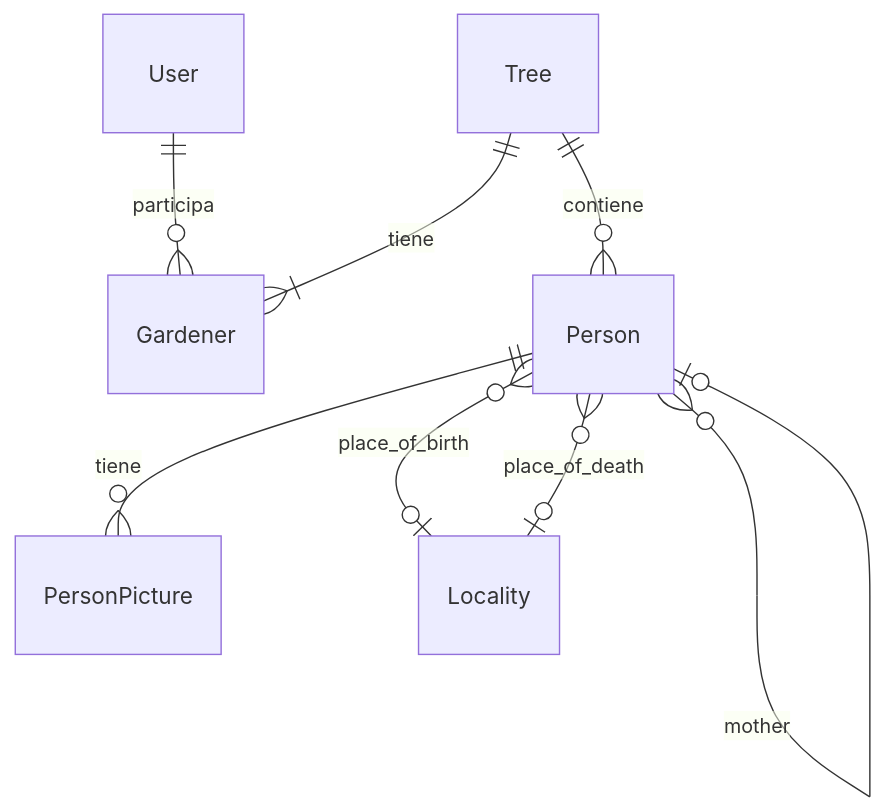
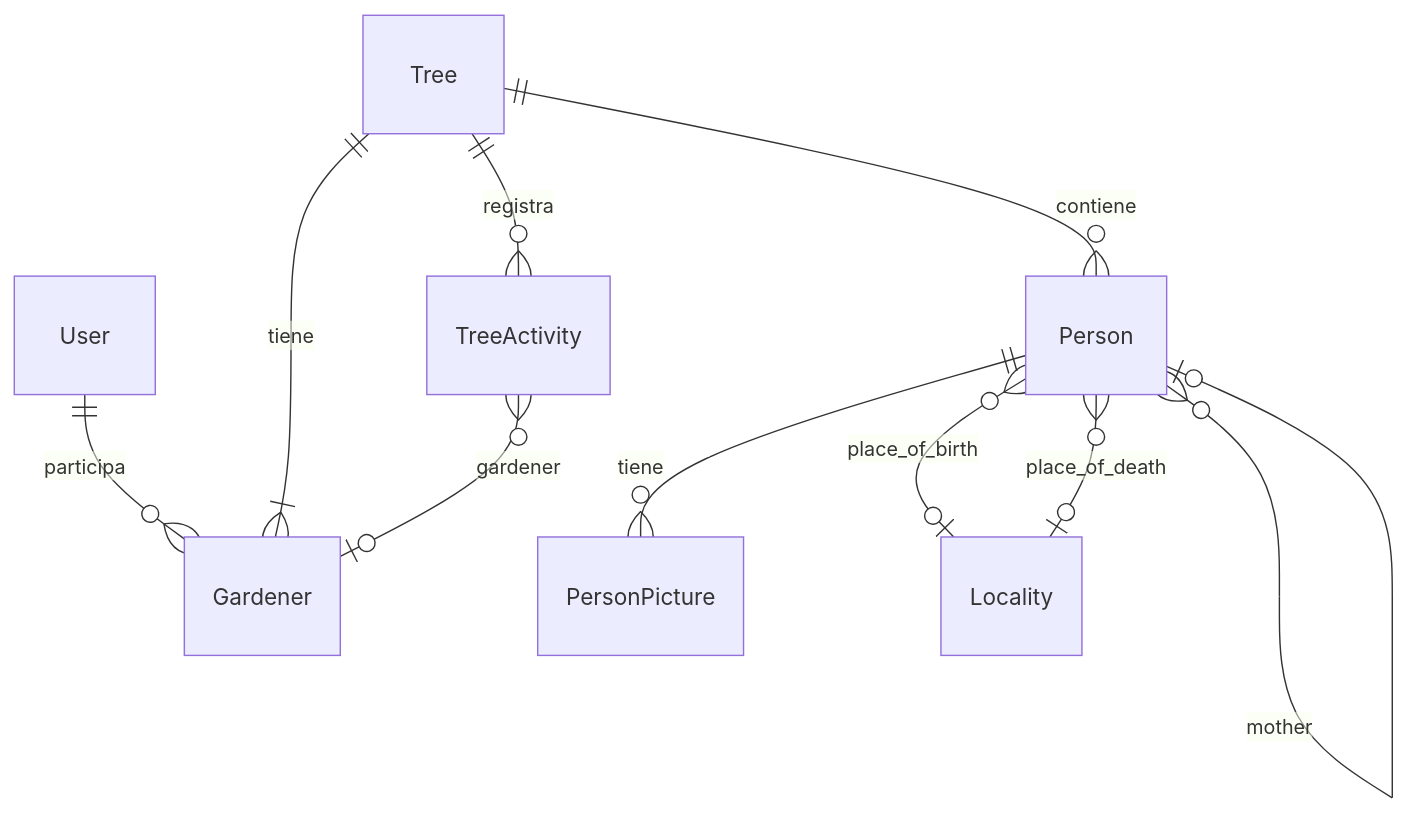
Before and after one commit to midir99/afam-workspace: the diagram in entidad-relacion.md, drawn with Mermaid. The commit also changed other lines of this file, not shown here.

````diff
--- a/entidad-relacion.md
+++ b/entidad-relacion.md
@@ -43,11 +46,13 @@
 ```mermaid
 erDiagram
     User ||--o{ Gardener : participa
     Tree ||--|{ Gardener : tiene
     Tree ||--o{ Person : contiene
+    Tree ||--o{ TreeActivity : registra
+    TreeActivity }o--o| Gardener : gardener
     Person ||--o{ PersonPicture : tiene
     Person }o--o| Locality : place_of_birth
     Person }o--o| Locality : place_of_death
     Person }o--o| Person : father
     Person }o--o| Person : mother
 ```
````
